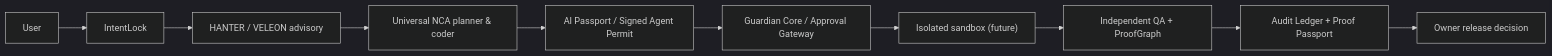
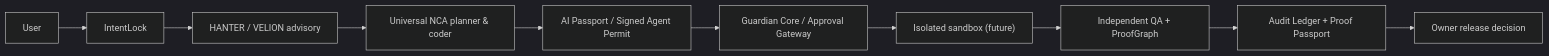
Before and after one commit to oromaskevic23-cmd/CONSTRUCTOR-AI: the second of 2 diagrams in docs/PLATFORM_ARCHITECTURE.md, drawn with Mermaid (dark theme). The commit also changed other lines of this file and 1 other file, not shown here.

Commit message:
fix(brand): use the owner-confirmed VELION name consistently
Correct the intelligence engine name to VELION across current public materials. MAX remains a mode. Preserve repository URLs, founder identity, photos, evidence hashes and existing release status.

Validated spelling-only diff and JSON syntax before publication. Engineering includes LLM assistance.

````diff
--- a/docs/PLATFORM_ARCHITECTURE.md
+++ b/docs/PLATFORM_ARCHITECTURE.md
@@ -24,12 +24,12 @@
 ```mermaid
 flowchart LR
   U["User"] --> I["IntentLock"]
-  I --> H["HANTER / VELEON advisory"]
+  I --> H["HANTER / VELION advisory"]
   H --> P["Universal NCA planner & coder"]
   P --> A["AI Passport / Signed Agent Permit"]
   A --> G["Guardian Core / Approval Gateway"]
   G --> S["Isolated sandbox (future)"]
   S --> V["Independent QA + ProofGraph"]
   V --> L["Audit Ledger + Proof Passport"]
   L --> O["Owner release decision"]
 ```
````
